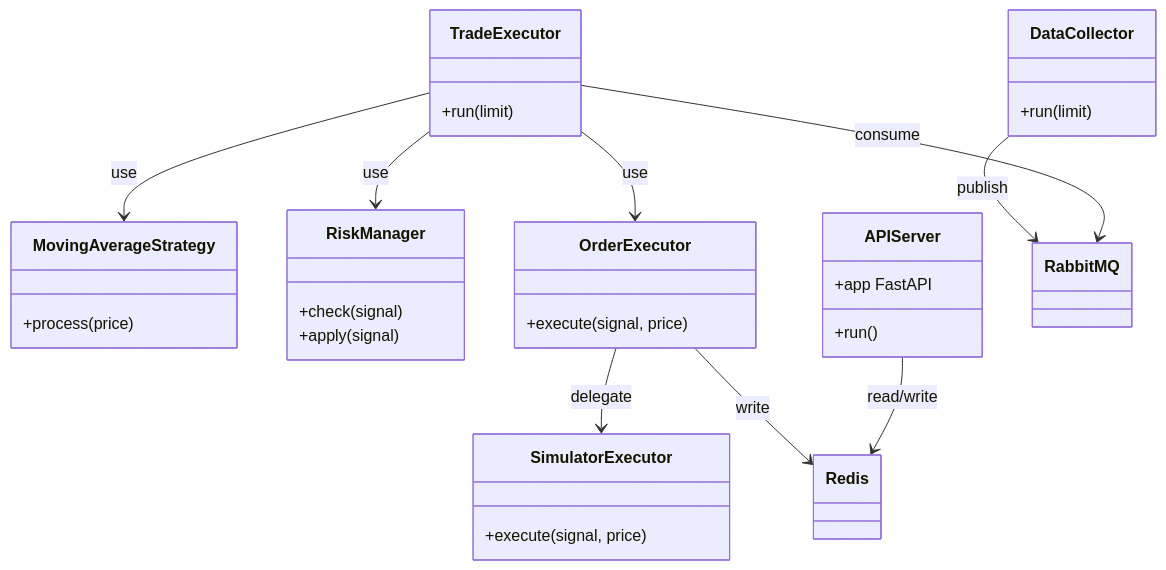
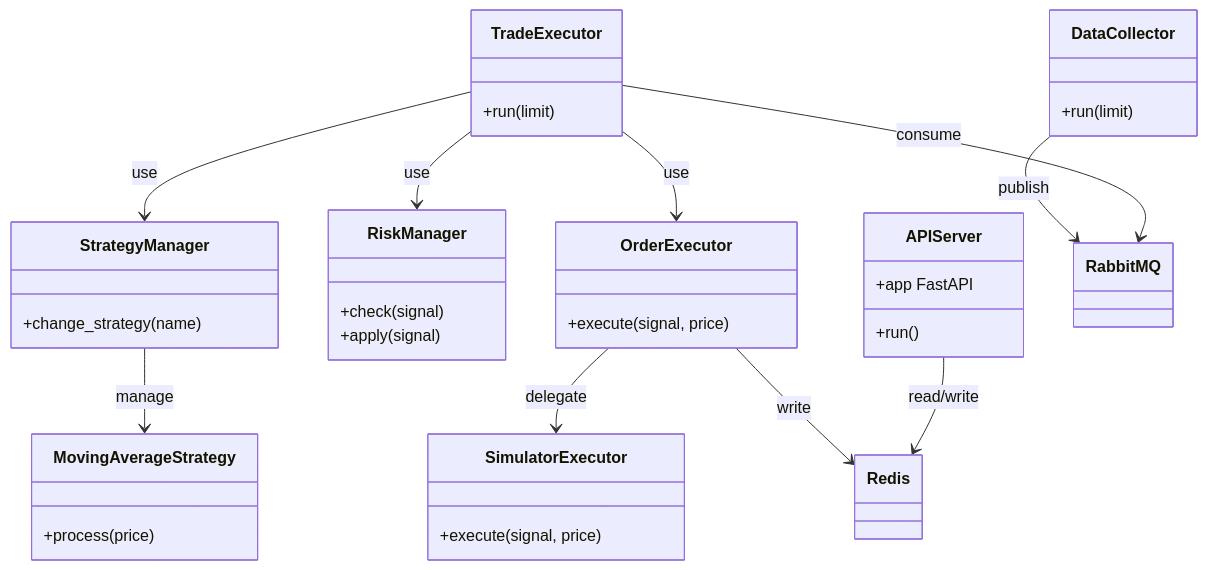
Before and after one commit to tjqjaqhd/sigma-x: the diagram in docs/1_architecture/class_diagram.mmd, drawn with Mermaid. The commit also changed 12 other files, not shown here.

Commit message:
feat: add StrategyManager with plugin loader

````diff
--- a/docs/1_architecture/class_diagram.mmd
+++ b/docs/1_architecture/class_diagram.mmd
@@ -1,39 +1,43 @@
 ```mermaid
 classDiagram
     class DataCollector {
         +run(limit)
     }
     class TradeExecutor {
         +run(limit)
+    }
+    class StrategyManager {
+        +change_strategy(name)
     }
     class MovingAverageStrategy {
         +process(price)
     }
     class RiskManager {
         +check(signal)
         +apply(signal)
     }
     class OrderExecutor {
         +execute(signal, price)
     }
     class SimulatorExecutor {
         +execute(signal, price)
     }
     class APIServer {
         +app FastAPI
         +run()
     }
     class Redis {
     }
     class RabbitMQ {
     }
 
     DataCollector --> RabbitMQ : publish
     TradeExecutor --> RabbitMQ : consume
-    TradeExecutor --> MovingAverageStrategy : use
+    TradeExecutor --> StrategyManager : use
+    StrategyManager --> MovingAverageStrategy : manage
     TradeExecutor --> RiskManager : use
     TradeExecutor --> OrderExecutor : use
     OrderExecutor --> SimulatorExecutor : delegate
     OrderExecutor --> Redis : write
     APIServer --> Redis : read/write
 ```
````
